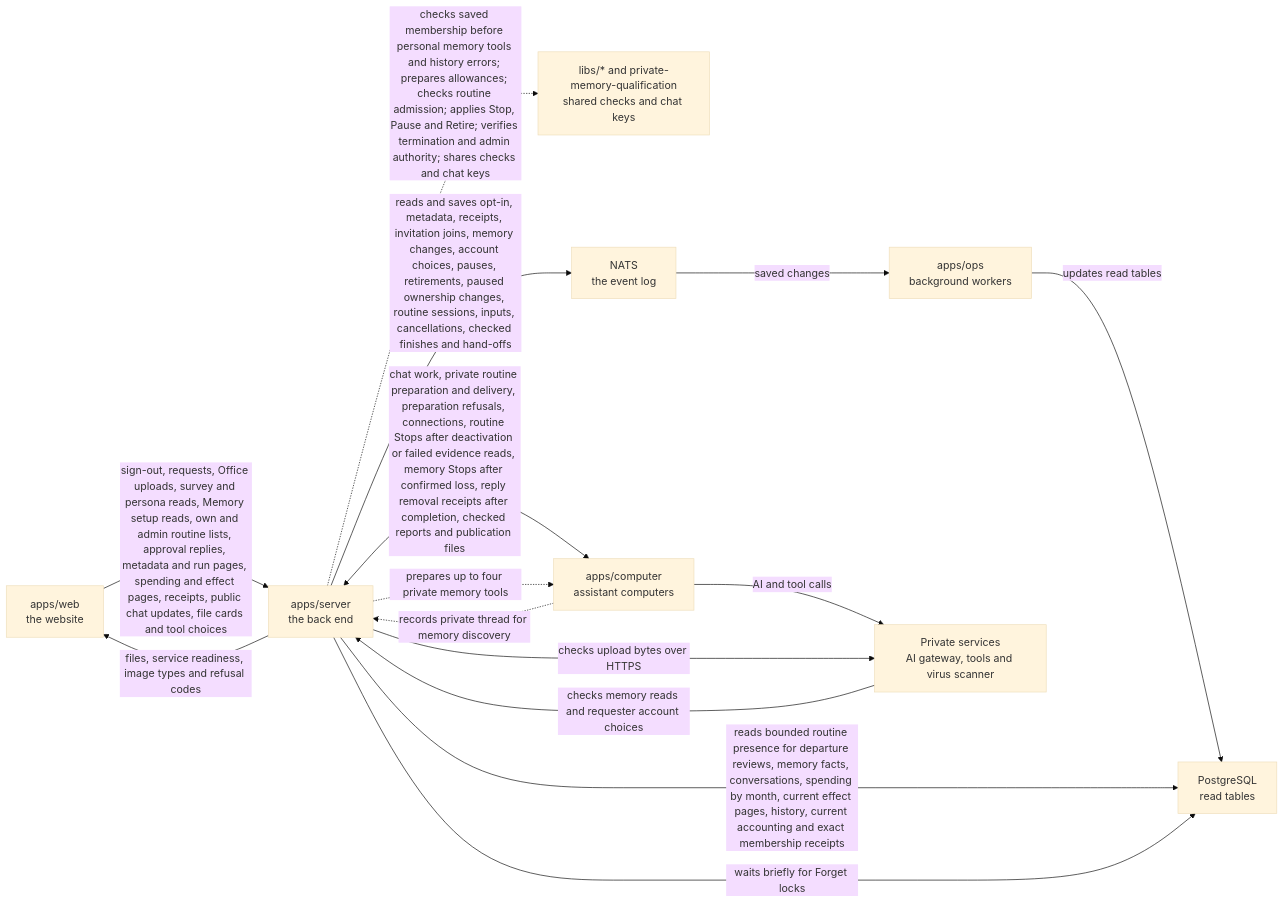
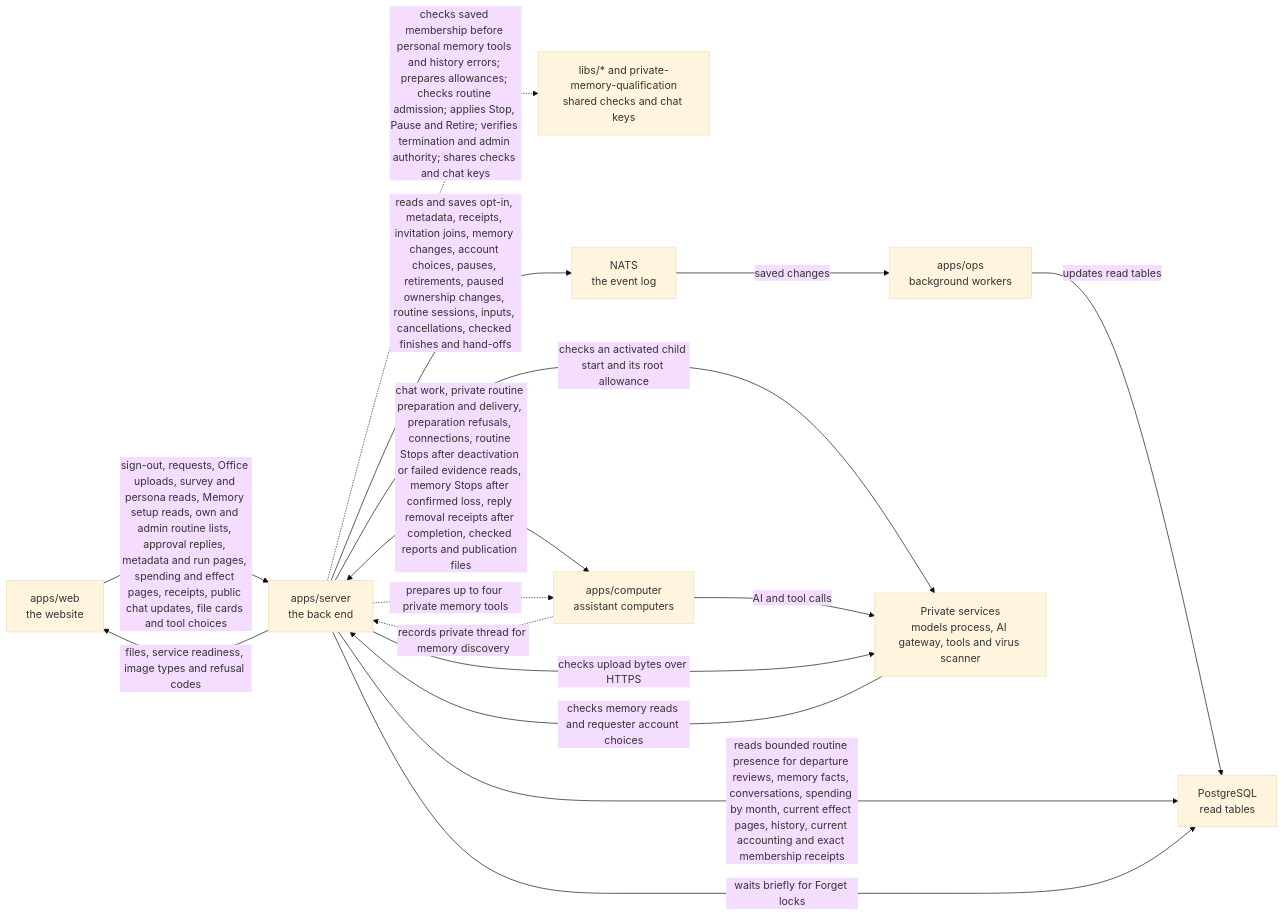
One commit to elewa-git/opencrane-new changed the diagram in apps/server/README.md. Above: the diagram before and after it, drawn with Mermaid (base theme). The commit also changed other lines of this file and 25 other files, not shown here.

First line of the commit message:
🧒 Saved child starts connect through the computer bridge and fail safely on temporary errors (#916)

````diff
--- a/apps/server/README.md
+++ b/apps/server/README.md
@@ -183,17 +186,18 @@
 ```mermaid
 flowchart LR
   web["apps/web<br/>the website"] -->|sign-out, requests, Office uploads, survey and persona reads, Memory setup reads, own and admin routine lists, approval replies, metadata and run pages, spending and effect pages, receipts, public chat updates, file cards and tool choices| server["apps/server<br/>the back end"]
   server -.->|checks saved membership before personal memory tools and history errors; prepares allowances; checks routine admission; applies Stop, Pause and Retire; verifies termination and admin authority; shares checks and chat keys| libs["libs/* and private-memory-qualification<br/>shared checks and chat keys"]
   server -->|reads and saves opt-in, metadata, receipts, invitation joins, memory changes, account choices, pauses, retirements, paused ownership changes, routine sessions, inputs, cancellations, checked finishes and hand-offs| nats["NATS<br/>the event log"]
   nats -->|saved changes| ops["apps/ops<br/>background workers"]
   ops -->|updates read tables| postgres["PostgreSQL<br/>read tables"]
   server -->|reads bounded routine presence for departure reviews, memory facts, conversations, spending by month, current effect pages, history, current accounting and exact membership receipts| postgres
   server -->|waits briefly for Forget locks| postgres
   server <-->|chat work, private routine preparation and delivery, preparation refusals, connections, routine Stops after deactivation or failed evidence reads, memory Stops after confirmed loss, reply removal receipts after completion, checked reports and publication files| computer["apps/computer<br/>assistant computers"]
+  server -->|checks an activated child start and its root allowance| runtime
   computer -.->|records private thread for memory discovery| server
   server -.->|prepares up to four private memory tools| computer
-  computer -->|AI and tool calls| runtime["Private services<br/>AI gateway, tools and virus scanner"]
+  computer -->|AI and tool calls| runtime["Private services<br/>models process, AI gateway, tools and virus scanner"]
   server -->|files, service readiness, image types and refusal codes| web
   server -->|checks upload bytes over HTTPS| runtime
   runtime -->|checks memory reads and requester account choices| server
 ```
````
